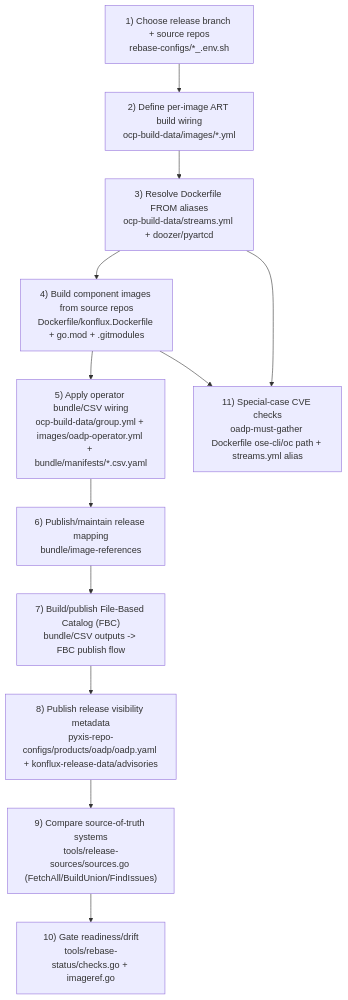
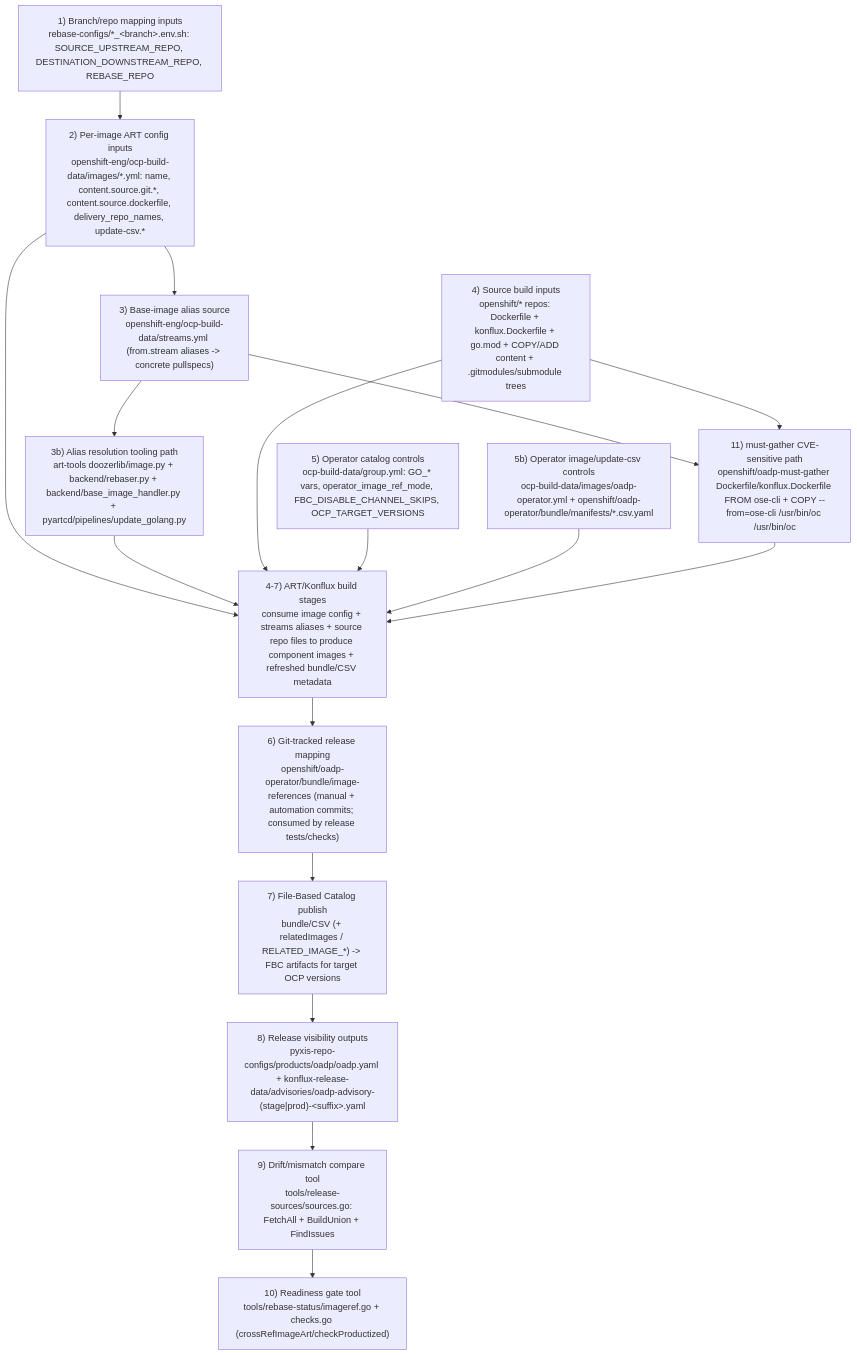
Before and after one commit to oadp-rebasebot/oadp-rebase: the fourth of 7 diagrams in tools/release-sources/diagram.md, drawn with Mermaid. The commit also changed other lines of this file, not shown here.

Commit message:
docs: address diagram review feedback and expand e2e detail
Agent-Logs-Url: https://github.com/oadp-rebasebot/oadp-rebase/sessions/7014f7a1-14bc-4e32-9c4a-14679426040b

````diff
--- a/tools/release-sources/diagram.md
+++ b/tools/release-sources/diagram.md
@@ -109,18 +109,27 @@
 ```mermaid
 flowchart TB
-    S1["1) Choose release branch + source repos<br/>rebase-configs/*_<branch>.env.sh"]
-    S2["2) Define per-image ART build wiring<br/>ocp-build-data/images/*.yml"]
-    S3["3) Resolve Dockerfile FROM aliases<br/>ocp-build-data/streams.yml + doozer/pyartcd"]
-    S4["4) Build component images from source repos<br/>Dockerfile/konflux.Dockerfile + go.mod + .gitmodules"]
-    S5["5) Apply operator bundle/CSV wiring<br/>ocp-build-data/group.yml + images/oadp-operator.yml + bundle/manifests/*.csv.yaml"]
-    S6["6) Publish/maintain release mapping<br/>bundle/image-references"]
-    S7["7) Build/publish File-Based Catalog (FBC)<br/>bundle/CSV outputs -> FBC publish flow"]
-    S8["8) Publish release visibility metadata<br/>pyxis-repo-configs/products/oadp/oadp.yaml + konflux-release-data/advisories"]
-    S9["9) Compare source-of-truth systems<br/>tools/release-sources/sources.go (FetchAll/BuildUnion/FindIssues)"]
-    S10["10) Gate readiness/drift<br/>tools/rebase-status/checks.go + imageref.go"]
-    S11["11) Special-case CVE checks<br/>oadp-must-gather Dockerfile ose-cli/oc path + streams.yml alias"]
+    S1["1) Branch/repo mapping inputs<br/>rebase-configs/*_&lt;branch&gt;.env.sh: SOURCE_UPSTREAM_REPO, DESTINATION_DOWNSTREAM_REPO, REBASE_REPO"]
+    S2["2) Per-image ART config inputs<br/>openshift-eng/ocp-build-data/images/*.yml: name, content.source.git.*, content.source.dockerfile, delivery_repo_names, update-csv.*"]
+    S3["3) Base-image alias source<br/>openshift-eng/ocp-build-data/streams.yml (from.stream aliases -> concrete pullspecs)"]
+    S4["3b) Alias resolution tooling path<br/>art-tools doozerlib/image.py + backend/rebaser.py + backend/base_image_handler.py + pyartcd/pipelines/update_golang.py"]
+    S5["4) Source build inputs<br/>openshift/* repos: Dockerfile + konflux.Dockerfile + go.mod + COPY/ADD content + .gitmodules/submodule trees"]
+    S6["5) Operator catalog controls<br/>ocp-build-data/group.yml: GO_* vars, operator_image_ref_mode, FBC_DISABLE_CHANNEL_SKIPS, OCP_TARGET_VERSIONS"]
+    S7["5b) Operator image/update-csv controls<br/>ocp-build-data/images/oadp-operator.yml + openshift/oadp-operator/bundle/manifests/*.csv.yaml"]
+    S8["4-7) ART/Konflux build stages<br/>consume image config + streams aliases + source repo files to produce component images + refreshed bundle/CSV metadata"]
+    S9["6) Git-tracked release mapping<br/>openshift/oadp-operator/bundle/image-references (manual + automation commits; consumed by release tests/checks)"]
+    S10["7) File-Based Catalog publish<br/>bundle/CSV (+ relatedImages / RELATED_IMAGE_*) -> FBC artifacts for target OCP versions"]
+    S11["8) Release visibility outputs<br/>pyxis-repo-configs/products/oadp/oadp.yaml + konflux-release-data/advisories/oadp-advisory-(stage|prod)-&lt;suffix&gt;.yaml"]
+    S12["9) Drift/mismatch compare tool<br/>tools/release-sources/sources.go: FetchAll + BuildUnion + FindIssues"]
+    S13["10) Readiness gate tool<br/>tools/rebase-status/imageref.go + checks.go (crossRefImageArt/checkProductized)"]
+    S14["11) must-gather CVE-sensitive path<br/>openshift/oadp-must-gather Dockerfile/konflux.Dockerfile FROM ose-cli + COPY --from=ose-cli /usr/bin/oc /usr/bin/oc"]
 
-    S1 --> S2 --> S3 --> S4 --> S5 --> S6 --> S7 --> S8 --> S9 --> S10
-    S3 --> S11
-    S4 --> S11
+    S1 --> S2 --> S8
+    S2 --> S3 --> S4 --> S8
+    S5 --> S8
+    S6 --> S8
+    S7 --> S8
+    S8 --> S9 --> S10 --> S11 --> S12 --> S13
+    S3 --> S14
+    S5 --> S14
+    S14 --> S8
 ```
````
